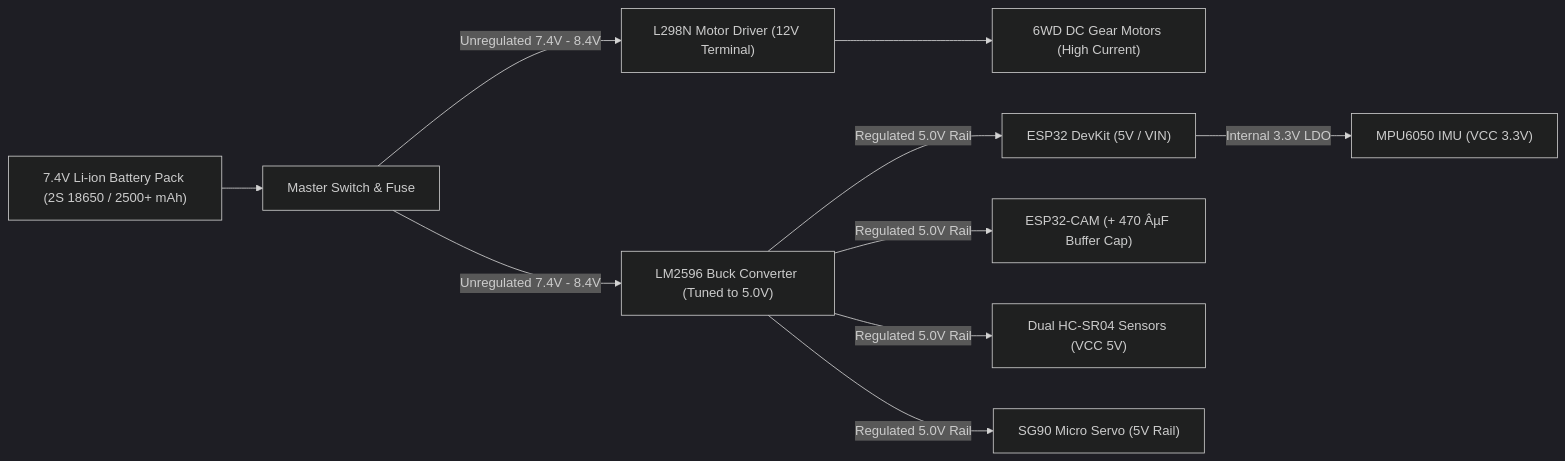
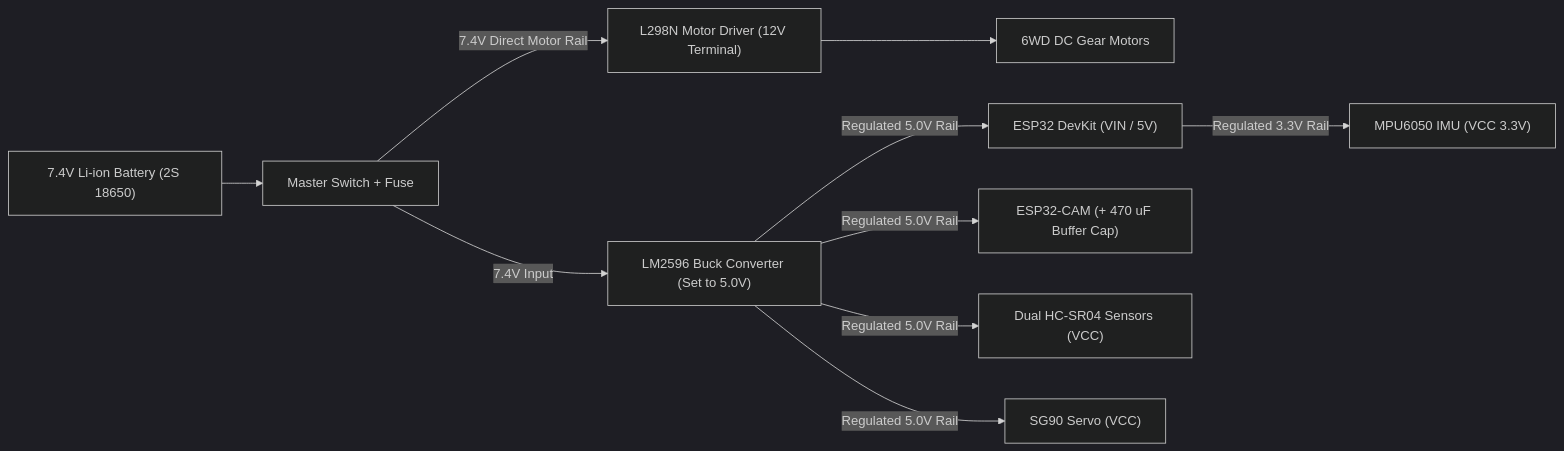
One commit to drax-glitch/pothole-finder changed the second of 2 diagrams in README.md. Above: the diagram before and after it, drawn with Mermaid (dark theme). The commit also changed other lines of this file, not shown here.

Commit message:
fix(docs): fix UTF-8 character encoding mojibake and streamline mermaid diagrams

````diff
--- a/README.md
+++ b/README.md
@@ -143,16 +113,16 @@
 ```mermaid
 flowchart LR
-    BATT["7.4V Li-ion Battery Pack (2S 18650 / 2500+ mAh)"] --> SW["Master Switch & Fuse"]
+    BATT["7.4V Li-ion Battery (2S 18650)"] --> SW["Master Switch + Fuse"]
     
-    SW -->|"Unregulated 7.4V - 8.4V"| L298N["L298N Motor Driver (12V Terminal)"]
-    L298N --> MOTORS["6WD DC Gear Motors (High Current)"]
+    SW -->|"7.4V Direct Motor Rail"| L298N["L298N Motor Driver (12V Terminal)"]
+    L298N --> MOTORS["6WD DC Gear Motors"]
 
-    SW -->|"Unregulated 7.4V - 8.4V"| BUCK["LM2596 Buck Converter (Tuned to 5.0V)"]
+    SW -->|"7.4V Input"| BUCK["LM2596 Buck Converter (Set to 5.0V)"]
     
-    BUCK -->|"Regulated 5.0V Rail"| ESP32["ESP32 DevKit (5V / VIN)"]
-    BUCK -->|"Regulated 5.0V Rail"| CAP["ESP32-CAM (+ 470 ÂµF Buffer Cap)"]
-    BUCK -->|"Regulated 5.0V Rail"| SENSORS["Dual HC-SR04 Sensors (VCC 5V)"]
-    BUCK -->|"Regulated 5.0V Rail"| SERVO["SG90 Micro Servo (5V Rail)"]
+    BUCK -->|"Regulated 5.0V Rail"| ESP32["ESP32 DevKit (VIN / 5V)"]
+    BUCK -->|"Regulated 5.0V Rail"| CAM["ESP32-CAM (+ 470 uF Buffer Cap)"]
+    BUCK -->|"Regulated 5.0V Rail"| SENSORS["Dual HC-SR04 Sensors (VCC)"]
+    BUCK -->|"Regulated 5.0V Rail"| SERVO["SG90 Servo (VCC)"]
     
-    ESP32 -->|"Internal 3.3V LDO"| MPU["MPU6050 IMU (VCC 3.3V)"]
+    ESP32 -->|"Regulated 3.3V Rail"| MPU["MPU6050 IMU (VCC 3.3V)"]
 ```
````
